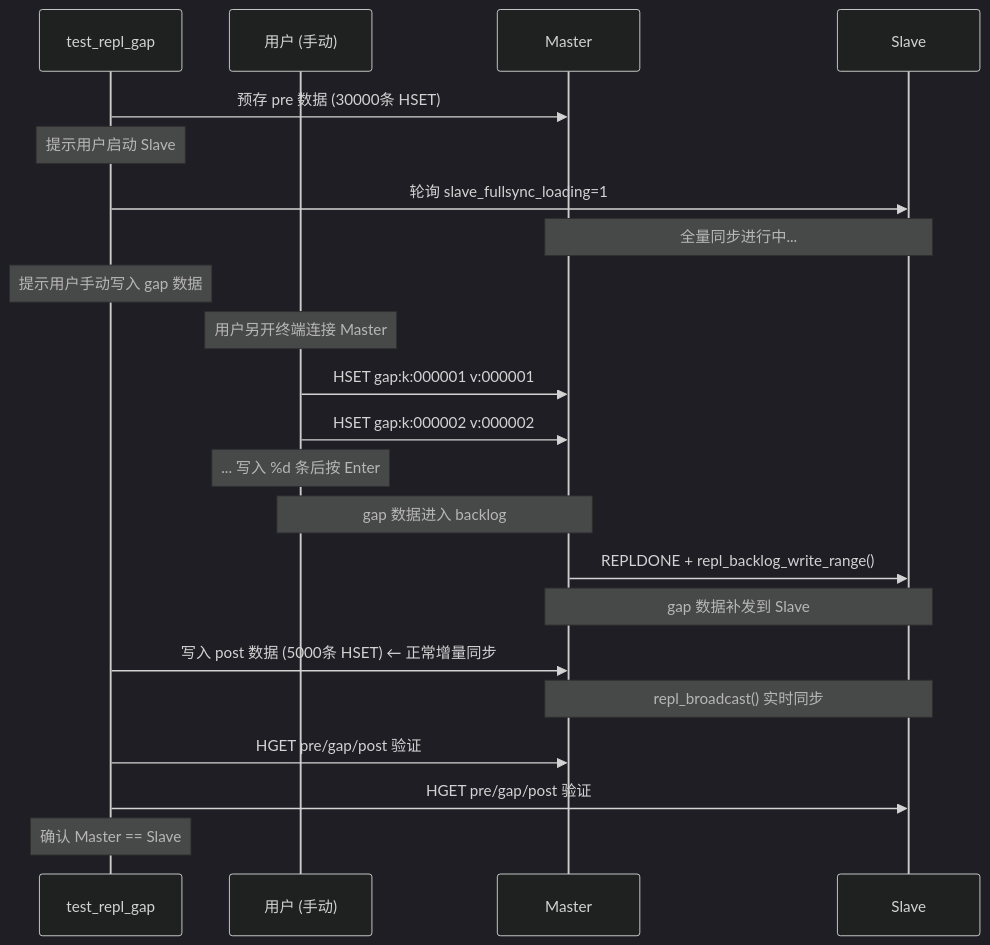
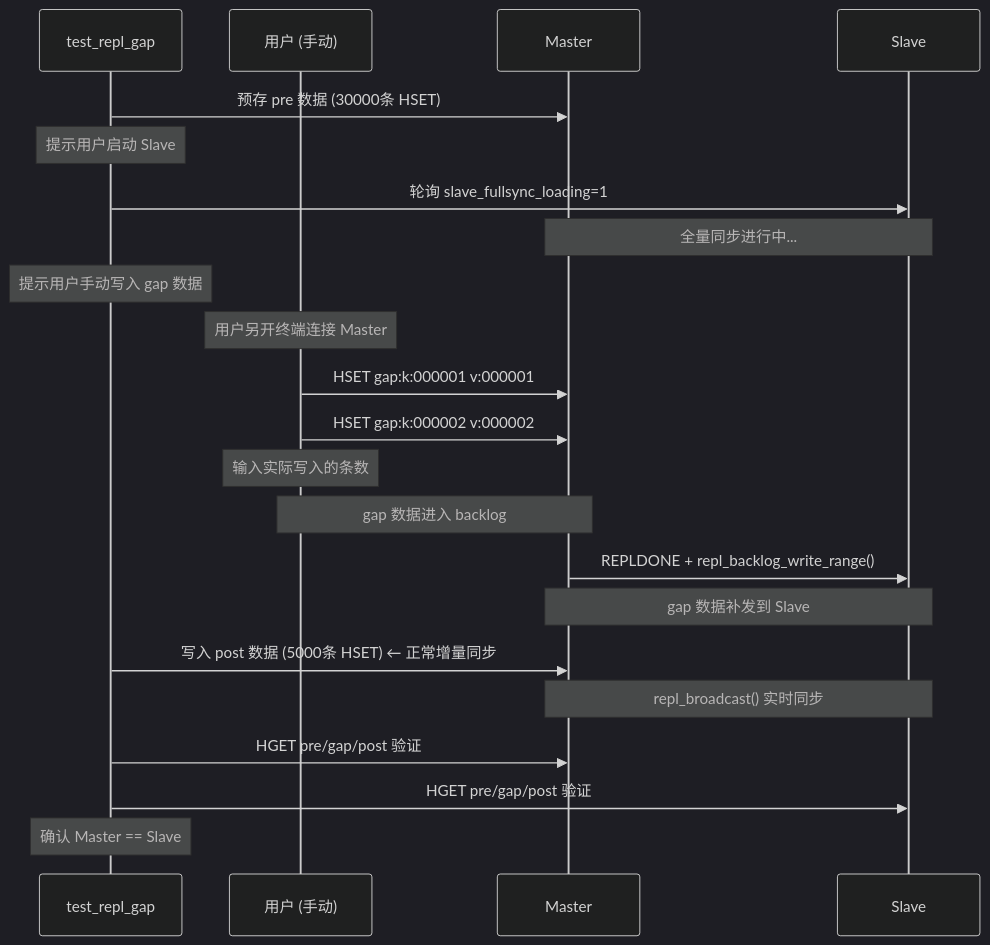
Diagram 15 of 15 in README.md (robotlover-1/kvstore), drawn with Mermaid (dark theme) before and after one commit. The commit also changed other lines of this file and 3 other files, not shown here.

````diff
--- a/README.md
+++ b/README.md
@@ -3747,31 +3747,31 @@
 ```mermaid
 sequenceDiagram
     participant T as test_repl_gap
     participant U as 用户 (手动)
     participant M as Master
     participant S as Slave
 
     T->>M: 预存 pre 数据 (30000条 HSET)
 
     Note over T: 提示用户启动 Slave
     T->>S: 轮询 slave_fullsync_loading=1
 
     Note over M,S: 全量同步进行中...
 
     Note over T: 提示用户手动写入 gap 数据
     Note over U: 用户另开终端连接 Master
     U->>M: HSET gap:k:000001 v:000001
     U->>M: HSET gap:k:000002 v:000002
-    Note over U: ... 写入 %d 条后按 Enter
+    Note over U: 输入实际写入的条数
     Note over U,M: gap 数据进入 backlog
 
     M->>S: REPLDONE + repl_backlog_write_range()
     Note over M,S: gap 数据补发到 Slave
 
     T->>M: 写入 post 数据 (5000条 HSET)  ← 正常增量同步
     Note over M,S: repl_broadcast() 实时同步
 
     T->>M: HGET pre/gap/post 验证
     T->>S: HGET pre/gap/post 验证
     Note over T: 确认 Master == Slave
 ```
````
